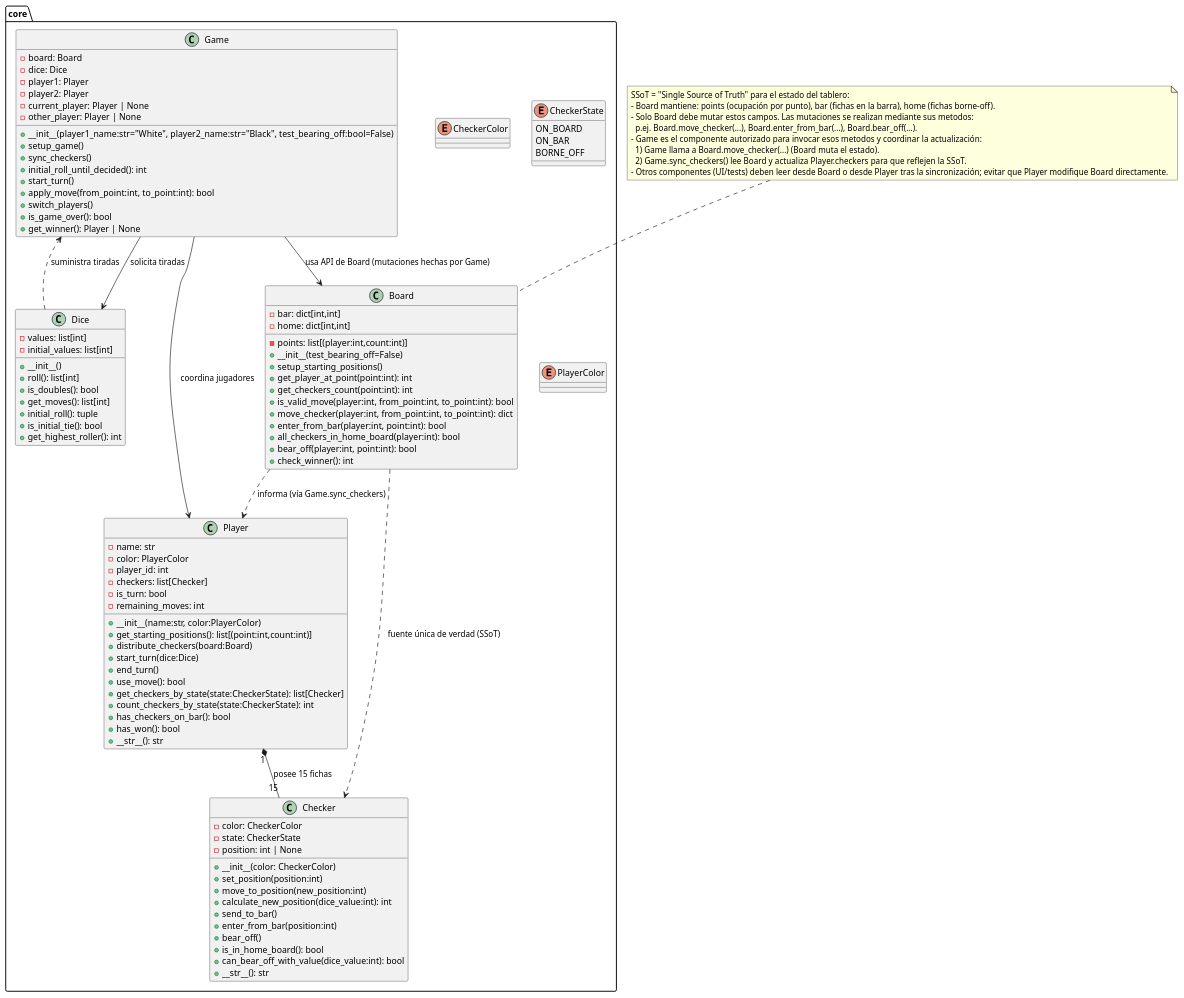
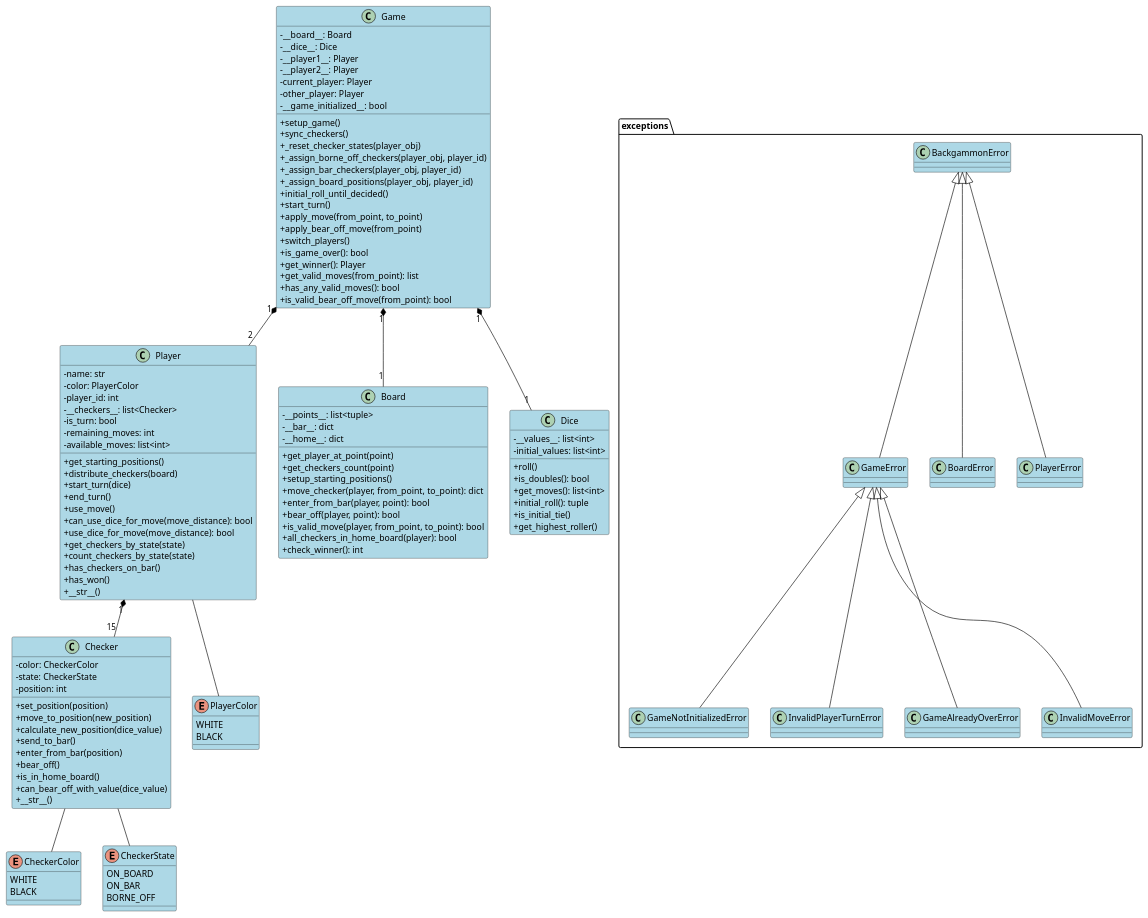
Before and after one commit to um-computacion/computacion-2025-backgammon-Ezequiel-B18: the diagram in uml.puml, drawn with PlantUML. The commit also changed 5 other files, not shown here.

```diff
--- a/uml.puml
+++ b/uml.puml
@@ -3,115 +1,148 @@
-@startuml Diagrama de clases
-package core {
-  class Board {
-    - points: list[(player:int,count:int)]
-    - bar: dict[int,int]
-    - home: dict[int,int]
-    + __init__(test_bearing_off=False)
-    + setup_starting_positions()
-    + get_player_at_point(point:int): int
-    + get_checkers_count(point:int): int
-    + is_valid_move(player:int, from_point:int, to_point:int): bool
-    + move_checker(player:int, from_point:int, to_point:int): dict
-    + enter_from_bar(player:int, point:int): bool
-    + all_checkers_in_home_board(player:int): bool
-    + bear_off(player:int, point:int): bool
-    + check_winner(): int
-  }
+@startuml Backgammon
+' https://plantuml.com/class-diagram
 
-  enum CheckerColor
-  enum CheckerState {
-    ON_BOARD
-    ON_BAR
-    BORNE_OFF
-  }
+' --- Overall Style ---
+skinparam classAttributeIconSize 0
+skinparam classBackgroundColor LightBlue
+skinparam arrowColor Black
 
-  class Checker {
-    - color: CheckerColor
-    - state: CheckerState
-    - position: int | None
-    + __init__(color: CheckerColor)
-    + set_position(position:int)
-    + move_to_position(new_position:int)
-    + calculate_new_position(dice_value:int): int
-    + send_to_bar()
-    + enter_from_bar(position:int)
-    + bear_off()
-    + is_in_home_board(): bool
-    + can_bear_off_with_value(dice_value:int): bool
-    + __str__(): str
-  }
+' --- Class Definitions ---
 
-  class Dice {
-    - values: list[int]
-    - initial_values: list[int]
-    + __init__()
-    + roll(): list[int]
-    + is_doubles(): bool
-    + get_moves(): list[int]
-    + initial_roll(): tuple
-    + is_initial_tie(): bool
-    + get_highest_roller(): int
-  }
-
-  enum PlayerColor
-
-  class Player {
-    - name: str
-    - color: PlayerColor
-    - player_id: int
-    - checkers: list[Checker]
-    - is_turn: bool
-    - remaining_moves: int
-    + __init__(name:str, color:PlayerColor)
-    + get_starting_positions(): list[(point:int,count:int)]
-    + distribute_checkers(board:Board)
-    + start_turn(dice:Dice)
-    + end_turn()
-    + use_move(): bool
-    + get_checkers_by_state(state:CheckerState): list[Checker]
-    + count_checkers_by_state(state:CheckerState): int
-    + has_checkers_on_bar(): bool
-    + has_won(): bool
-    + __str__(): str
-  }
-
-  class Game {
-    - board: Board
-    - dice: Dice
-    - player1: Player
-    - player2: Player
-    - current_player: Player | None
-    - other_player: Player | None
-    + __init__(player1_name:str="White", player2_name:str="Black", test_bearing_off:bool=False)
-    + setup_game()
-    + sync_checkers()
-    + initial_roll_until_decided(): int
-    + start_turn()
-    + apply_move(from_point:int, to_point:int): bool
-    + switch_players()
-    + is_game_over(): bool
-    + get_winner(): Player | None
-  }
+class Game {
+  - __board__: Board
+  - __dice__: Dice
+  - __player1__: Player
+  - __player2__: Player
+  - current_player: Player
+  - other_player: Player
+  - __game_initialized__: bool
+  + setup_game()
+  + sync_checkers()
+  + _reset_checker_states(player_obj)
+  + _assign_borne_off_checkers(player_obj, player_id)
+  + _assign_bar_checkers(player_obj, player_id)
+  + _assign_board_positions(player_obj, player_id)
+  + initial_roll_until_decided()
+  + start_turn()
+  + apply_move(from_point, to_point)
+  + apply_bear_off_move(from_point)
+  + switch_players()
+  + is_game_over(): bool
+  + get_winner(): Player
+  + get_valid_moves(from_point): list
+  + has_any_valid_moves(): bool
+  + is_valid_bear_off_move(from_point): bool
 }
 
-' Relationships
-Game --> Board : usa API de Board (mutaciones hechas por Game)
-Game --> Dice : solicita tiradas
-Game --> Player : coordina jugadores
-Player "1" *-- "15" Checker : posee 15 fichas
-Board ..> Checker : fuente única de verdad (SSoT)
-Board ..> Player : informa (vía Game.sync_checkers)
-Dice ..> Game : suministra tiradas
+class Player {
+  - name: str
+  - color: PlayerColor
+  - player_id: int
+  - __checkers__: list<Checker>
+  - is_turn: bool
+  - remaining_moves: int
+  - available_moves: list<int>
+  + get_starting_positions()
+  + distribute_checkers(board)
+  + start_turn(dice)
+  + end_turn()
+  + use_move()
+  + can_use_dice_for_move(move_distance): bool
+  + use_dice_for_move(move_distance): bool
+  + get_checkers_by_state(state)
+  + count_checkers_by_state(state)
+  + has_checkers_on_bar()
+  + has_won()
+  + __str__()
+}
 
-' Nota SSoT más explícita (mejor explicación en español)
-note top of Board
-  SSoT = "Single Source of Truth" para el estado del tablero:
-  - Board mantiene: points (ocupación por punto), bar (fichas en la barra), home (fichas borne-off).
-  - Solo Board debe mutar estos campos. Las mutaciones se realizan mediante sus metodos:
-    p.ej. Board.move_checker(...), Board.enter_from_bar(...), Board.bear_off(...).
-  - Game es el componente autorizado para invocar esos metodos y coordinar la actualización:
-    1) Game llama a Board.move_checker(...) (Board muta el estado).
-    2) Game.sync_checkers() lee Board y actualiza Player.checkers para que reflejen la SSoT.
-  - Otros componentes (UI/tests) deben leer desde Board o desde Player tras la sincronización; evitar que Player modifique Board directamente.
-end note
+class Board {
+  - __points__: list<tuple>
+  - __bar__: dict
+  - __home__: dict
+  + get_player_at_point(point)
+  + get_checkers_count(point)
+  + setup_starting_positions()
+  + move_checker(player, from_point, to_point): dict
+  + enter_from_bar(player, point): bool
+  + bear_off(player, point): bool
+  + is_valid_move(player, from_point, to_point): bool
+  + all_checkers_in_home_board(player): bool
+  + check_winner(): int
+}
+
+class Dice {
+  - __values__: list<int>
+  - initial_values: list<int>
+  + roll()
+  + is_doubles(): bool
+  + get_moves(): list<int>
+  + initial_roll(): tuple
+  + is_initial_tie()
+  + get_highest_roller()
+}
+
+class Checker {
+  - color: CheckerColor
+  - state: CheckerState
+  - position: int
+  + set_position(position)
+  + move_to_position(new_position)
+  + calculate_new_position(dice_value)
+  + send_to_bar()
+  + enter_from_bar(position)
+  + bear_off()
+  + is_in_home_board()
+  + can_bear_off_with_value(dice_value)
+  + __str__()
+}
+
+' --- Enum Definitions ---
+
+enum PlayerColor {
+  WHITE
+  BLACK
+}
+
+enum CheckerColor {
+  WHITE
+  BLACK
+}
+
+enum CheckerState {
+  ON_BOARD
+  ON_BAR
+  BORNE_OFF
+}
+
+' --- Relationships ---
+
+Game "1" *-- "1" Board
+Game "1" *-- "1" Dice
+Game "1" *-- "2" Player
+
+Player "1" *-- "15" Checker
+Player -- PlayerColor
+
+Checker -- CheckerColor
+Checker -- CheckerState
+
+' --- Exception Hierarchy ---
+
+package "exceptions" {
+  class BackgammonError
+  class GameError
+  class BoardError
+  class PlayerError
+  
+  BackgammonError <|-- GameError
+  BackgammonError <|-- BoardError
+  BackgammonError <|-- PlayerError
+  
+  GameError <|-- GameNotInitializedError
+  GameError <|-- InvalidPlayerTurnError
+  GameError <|-- GameAlreadyOverError
+  GameError <|-- InvalidMoveError
+}
+
 @enduml
```
